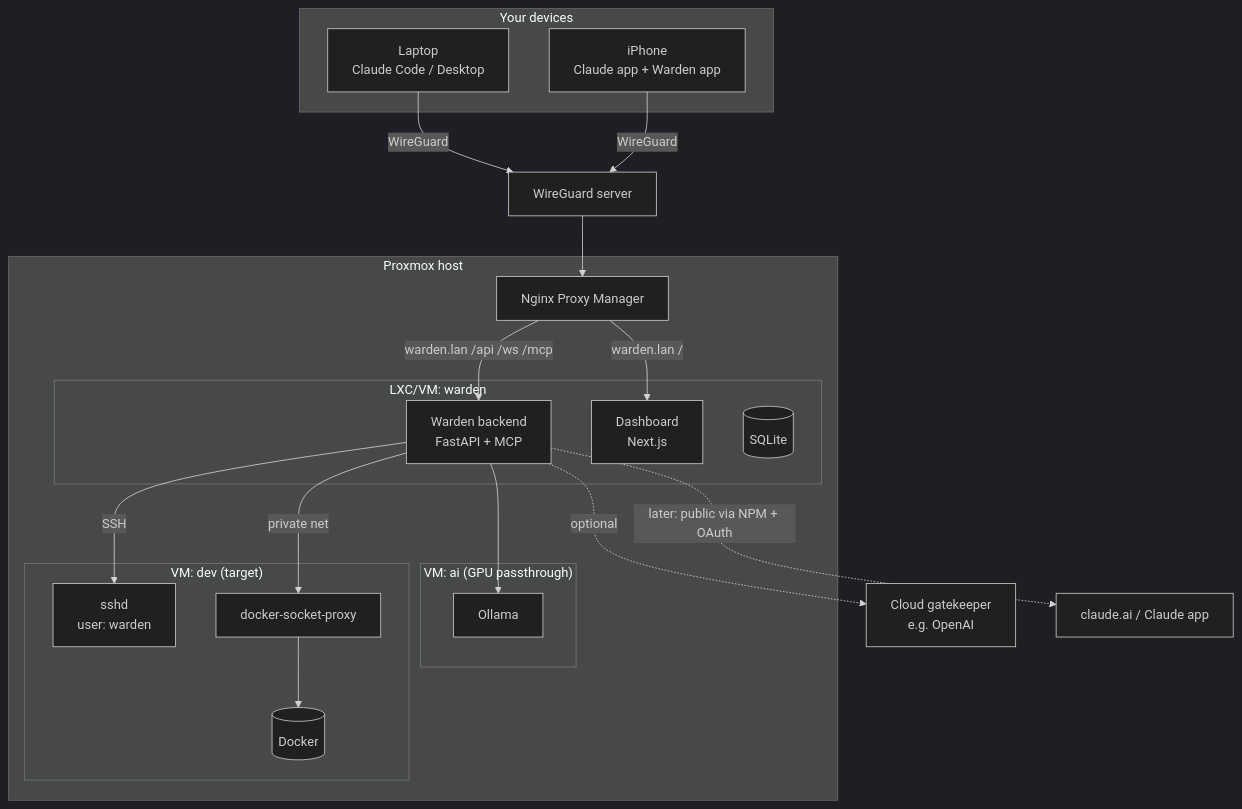
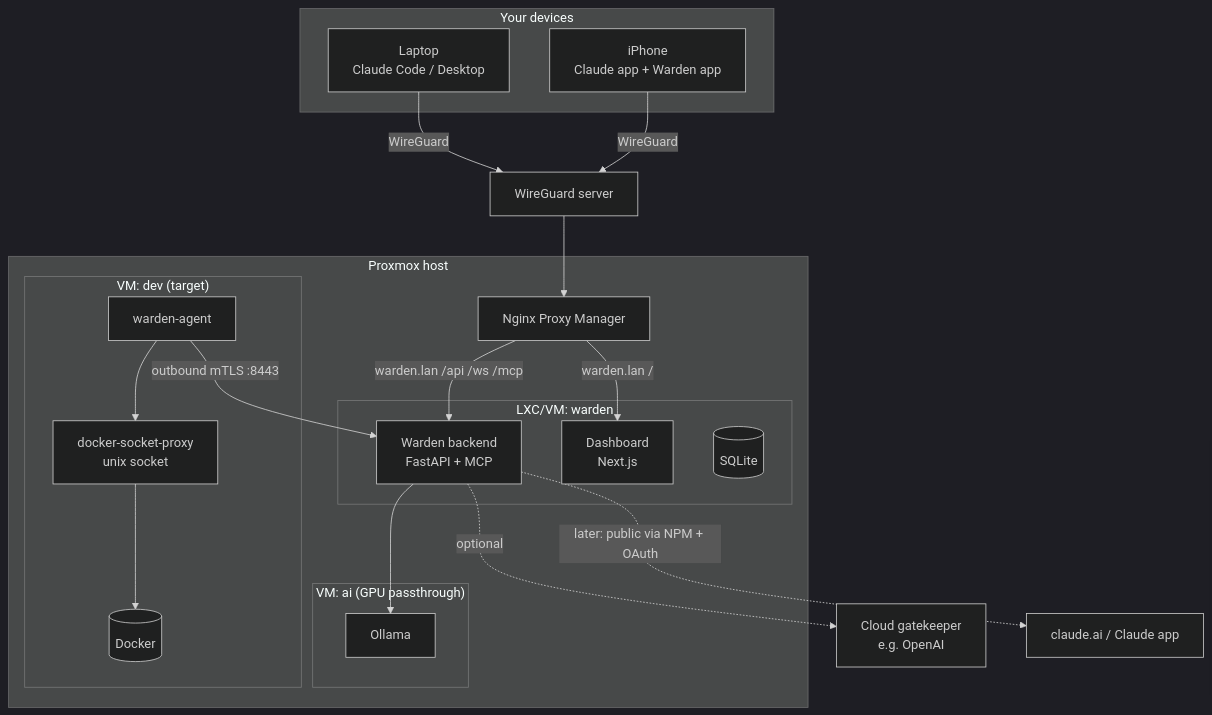
One commit to janickssa/warden changed the first of 3 diagrams in README.md. Above: the diagram before and after it, drawn with Mermaid (dark theme). The commit also changed other lines of this file, not shown here.

````diff
--- a/README.md
+++ b/README.md
@@ -32,36 +34,36 @@
 ```mermaid
 flowchart TB
     subgraph Remote["Your devices"]
         LAP[Laptop<br/>Claude Code / Desktop]
         PHONE[iPhone<br/>Claude app + Warden app]
     end
 
     WG[WireGuard server]
     LAP & PHONE -->|WireGuard| WG
 
     subgraph PVE["Proxmox host"]
         NPM[Nginx Proxy Manager]
         subgraph WVM["LXC/VM: warden"]
             API[Warden backend<br/>FastAPI + MCP]
             WEB[Dashboard<br/>Next.js]
             DB[(SQLite)]
         end
         subgraph AI["VM: ai (GPU passthrough)"]
             OLL[Ollama]
         end
         subgraph DEV["VM: dev (target)"]
-            SSHD[sshd<br/>user: warden]
-            DSP[docker-socket-proxy]
+            AG[warden-agent]
+            DSP[docker-socket-proxy<br/>unix socket]
             DOCK[(Docker)]
         end
     end
 
     WG --> NPM
     NPM -->|warden.lan /| WEB
     NPM -->|warden.lan /api /ws /mcp| API
     API --> OLL
-    API -->|SSH| SSHD
-    API -->|private net| DSP --> DOCK
+    AG -->|outbound mTLS :8443| API
+    AG --> DSP --> DOCK
     API -.->|optional| CLOUD[Cloud gatekeeper<br/>e.g. OpenAI]
     API -.->|later: public via NPM + OAuth| CA[claude.ai / Claude app]
 ```
````
